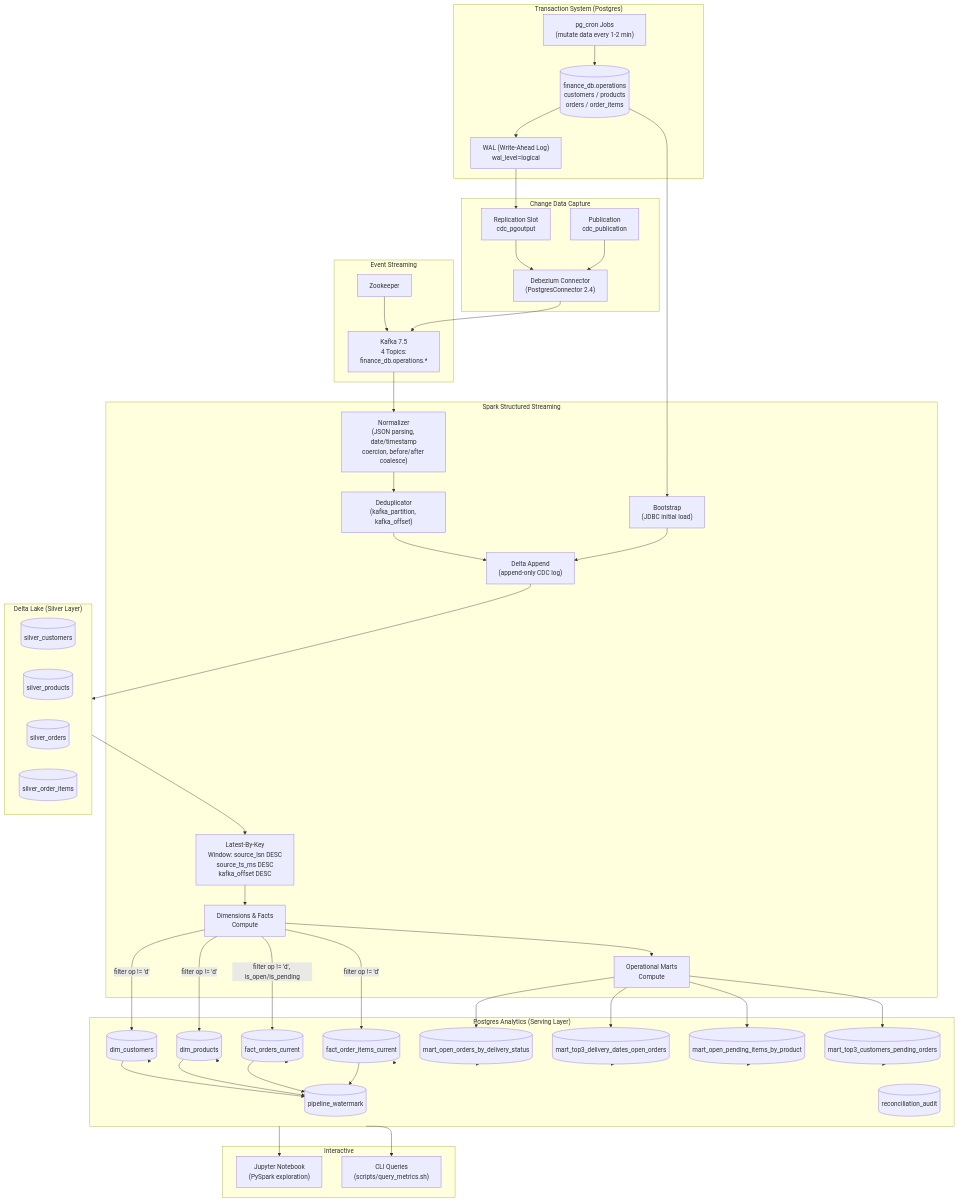
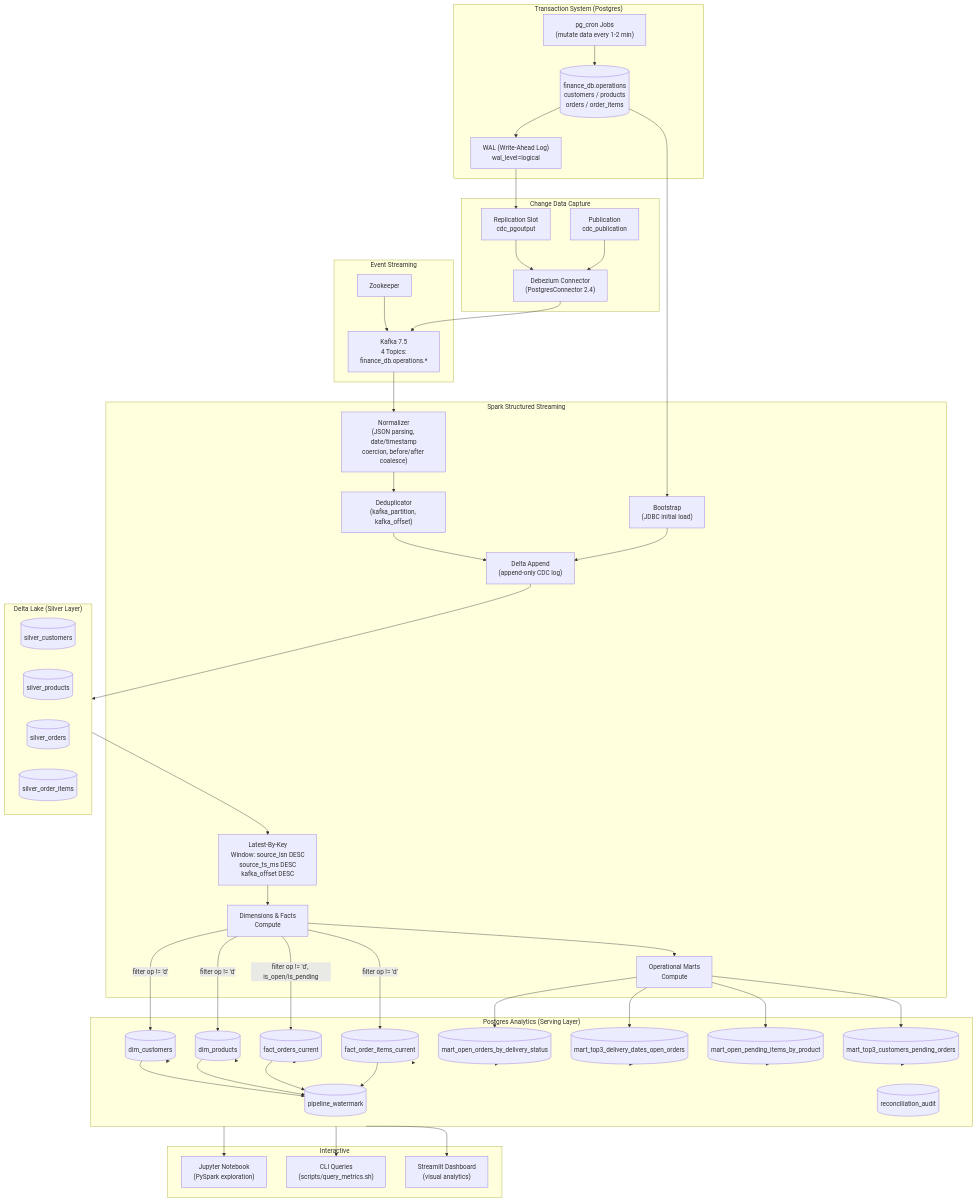
The diagram in README.md (Guilhermekmts/deel-data-engineering-task), drawn with Mermaid before and after one commit. The commit also changed other lines of this file and 18 other files, not shown here.

````diff
--- a/README.md
+++ b/README.md
@@ -14,80 +14,82 @@
 ```mermaid
 flowchart TB
     subgraph Source["Transaction System (Postgres)"]
         PG[(finance_db.operations\ncustomers / products\norders / order_items)]
         CRON["pg_cron Jobs\n(mutate data every 1-2 min)"]
         WAL["WAL (Write-Ahead Log)\nwal_level=logical"]
     end
 
     subgraph CDC["Change Data Capture"]
         DEBEZIUM["Debezium Connector\n(PostgresConnector 2.4)"]
         SLOT["Replication Slot\ncdc_pgoutput"]
         PUB["Publication\ncdc_publication"]
     end
 
     subgraph STREAMING["Event Streaming"]
         KAFKA["Kafka 7.5\n4 Topics:\nfinance_db.operations.*"]
         ZK["Zookeeper"]
     end
 
     subgraph PROCESSING["Spark Structured Streaming"]
         BS["Bootstrap\n(JDBC initial load)"]
         NORM["Normalizer\n(JSON parsing, date/timestamp\ncoercion, before/after coalesce)"]
         DEDUP["Deduplicator\n(kafka_partition, kafka_offset)"]
         DELTA_APPEND["Delta Append\n(append-only CDC log)"]
         LBY["Latest-By-Key\nWindow: source_lsn DESC\nsource_ts_ms DESC\nkafka_offset DESC"]
         DIM_FACT["Dimensions & Facts\nCompute"]
         MARTS["Operational Marts\nCompute"]
     end
 
     subgraph STORAGE["Delta Lake (Silver Layer)"]
         S_CUST[(silver_customers)]
         S_PROD[(silver_products)]
         S_ORD[(silver_orders)]
         S_ITEMS[(silver_order_items)]
     end
 
     subgraph ANALYTICS["Postgres Analytics (Serving Layer)"]
         DIM_CUST[(dim_customers)]
         DIM_PROD[(dim_products)]
         FACT_ORD[(fact_orders_current)]
         FACT_ITEMS[(fact_order_items_current)]
         M1[(mart_open_orders_by_delivery_status)]
         M2[(mart_top3_delivery_dates_open_orders)]
         M3[(mart_open_pending_items_by_product)]
         M4[(mart_top3_customers_pending_orders)]
         WM[(pipeline_watermark)]
         RA[(reconciliation_audit)]
     end
 
     subgraph EXPLORATION["Interactive"]
         NB["Jupyter Notebook\n(PySpark exploration)"]
         Q["CLI Queries\n(scripts/query_metrics.sh)"]
+        DASH["Streamlit Dashboard\n(visual analytics)"]
     end
 
     PG --> WAL
     CRON --> PG
     WAL --> SLOT
     SLOT --> DEBEZIUM
     PUB --> DEBEZIUM
     DEBEZIUM --> KAFKA
     ZK --> KAFKA
     KAFKA --> NORM
     PG --> BS
     BS --> DELTA_APPEND
     NORM --> DEDUP
     DEDUP --> DELTA_APPEND
     DELTA_APPEND --> STORAGE
     STORAGE --> LBY
     LBY --> DIM_FACT
     DIM_FACT --> |"filter op != 'd'"| DIM_CUST
     DIM_FACT --> |"filter op != 'd'"| DIM_PROD
     DIM_FACT --> |"filter op != 'd', is_open/is_pending"| FACT_ORD
     DIM_FACT --> |"filter op != 'd'"| FACT_ITEMS
     DIM_FACT --> MARTS
     MARTS --> M1 & M2 & M3 & M4
     DIM_CUST & DIM_PROD & FACT_ORD & FACT_ITEMS --> WM
     M1 & M2 & M3 & M4 & DIM_CUST & DIM_PROD & FACT_ORD & FACT_ITEMS --> ANALYTICS
     ANALYTICS --> NB
     ANALYTICS --> Q
+    ANALYTICS --> DASH
 ```
````
